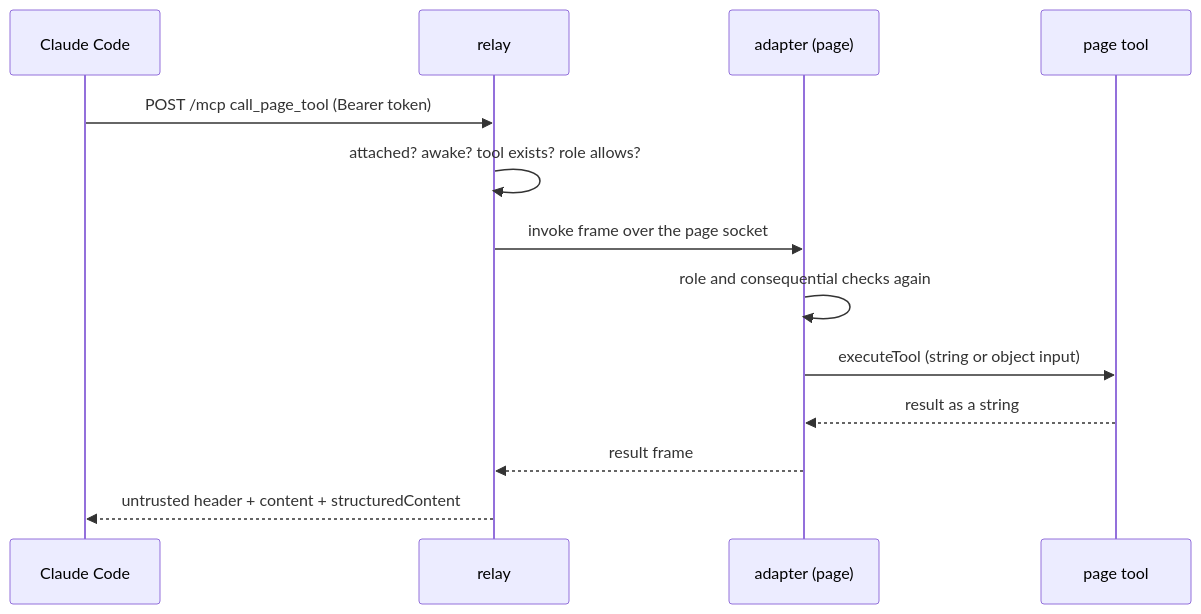
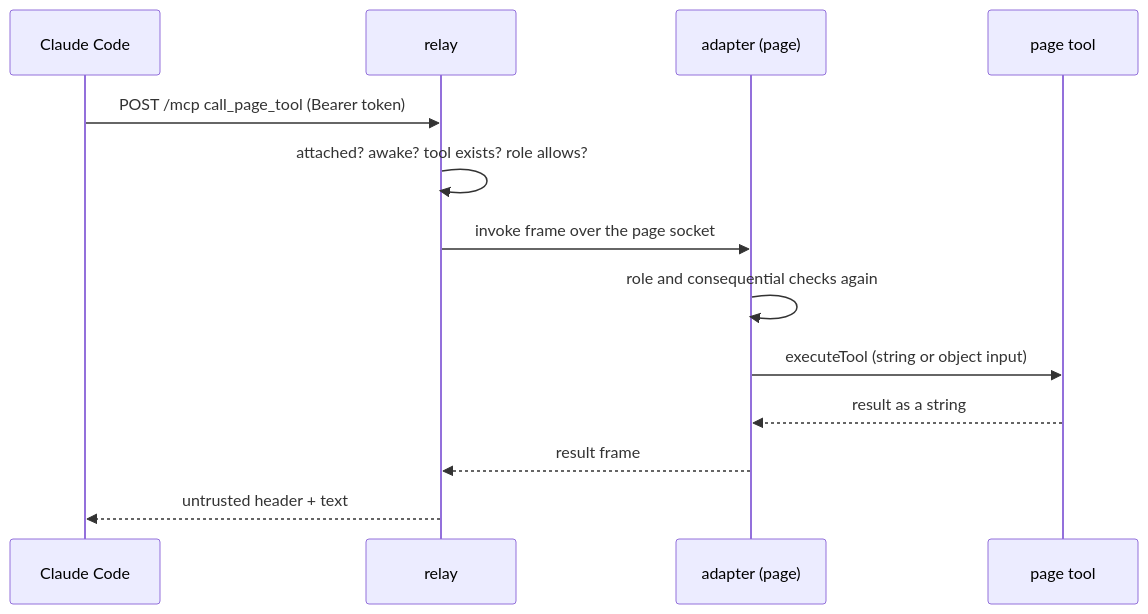
The diagram in docs/tour/01-walking-skeleton.md (PaulMRamirez/tabdock), drawn with Mermaid before and after one commit. The commit also changed other lines of this file and 94 other files, not shown here.

````diff
--- a/docs/tour/01-walking-skeleton.md
+++ b/docs/tour/01-walking-skeleton.md
@@ -13,15 +13,15 @@
 ```mermaid
 sequenceDiagram
   participant C as Claude Code
   participant R as relay
   participant A as adapter (page)
   participant T as page tool
   C->>R: POST /mcp call_page_tool (Bearer token)
   R->>R: attached? awake? tool exists? role allows?
   R->>A: invoke frame over the page socket
   A->>A: role and consequential checks again
   A->>T: executeTool (string or object input)
   T-->>A: result as a string
   A-->>R: result frame
-  R-->>C: untrusted header + content + structuredContent
+  R-->>C: untrusted header + text
 ```
````
